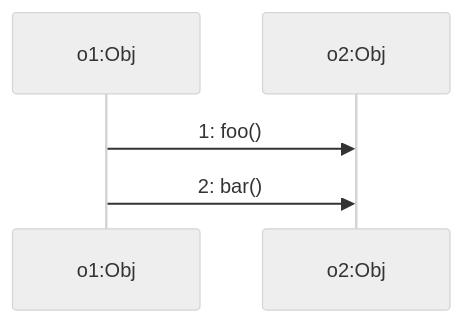
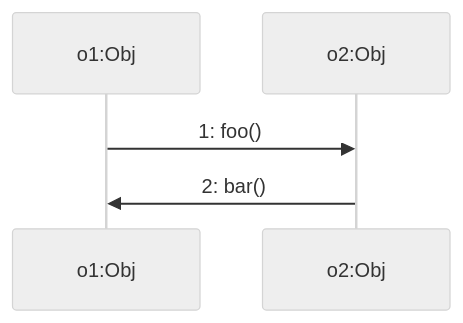
Before and after one commit to Yahya8bit/ensi-survival-kit: the sixth of 30 diagrams in docs/Year 2/Semester 1/ACOO/Cours/acoo-analyse-modele-dynamique.md, drawn with Mermaid (neutral theme). The commit also changed other lines of this file, not shown here.

````diff
--- a/docs/Year 2/Semester 1/ACOO/Cours/acoo-analyse-modele-dynamique.md
+++ b/docs/Year 2/Semester 1/ACOO/Cours/acoo-analyse-modele-dynamique.md
@@ -210,7 +228,7 @@
 ```mermaid
 sequenceDiagram
     participant o1 as o1:Obj
     participant o2 as o2:Obj
     o1->>o2: 1: foo()
-    o1->>o2: 2: bar()
+    o2->>o1: 2: bar()
 ```
````
